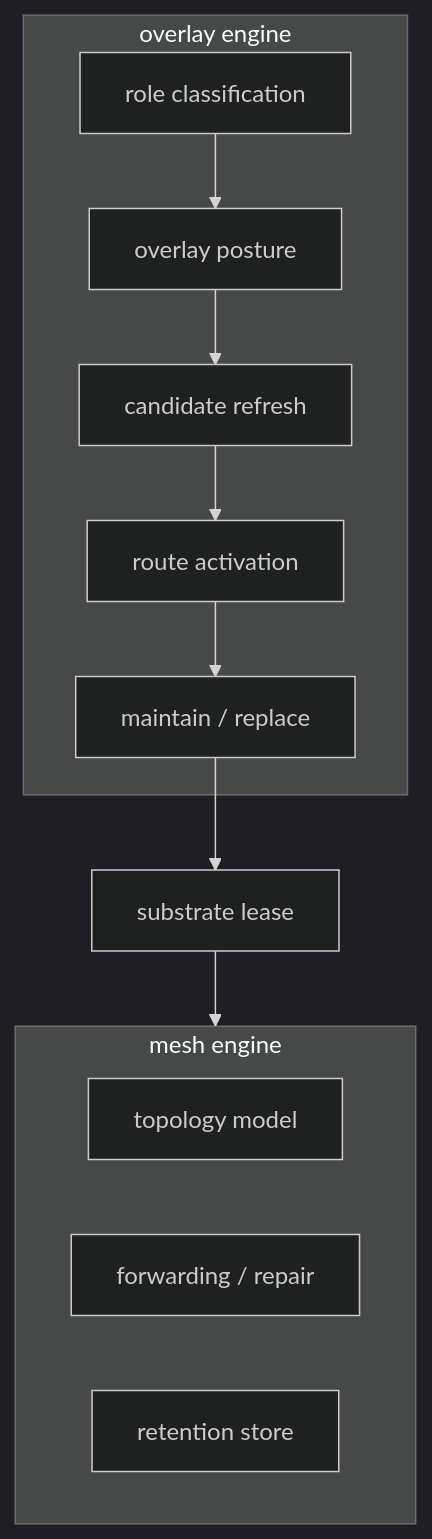
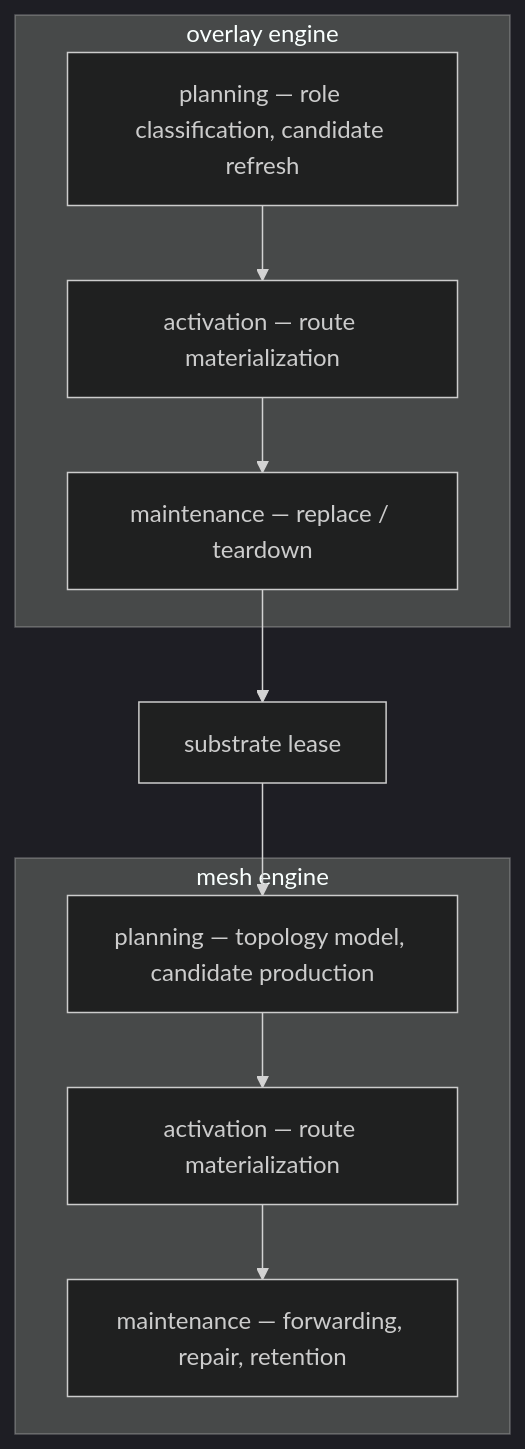
Before and after one commit to hxrts/jacquard: the diagram in docs/105_routing_logic.md, drawn with Mermaid (dark theme).

Commit message:
Align overlay diagram engine subcomponents with consistent structure

````diff
--- a/docs/105_routing_logic.md
+++ b/docs/105_routing_logic.md
@@ -94,22 +94,22 @@
 ```mermaid
 graph TD
     subgraph overlay["overlay engine"]
-        classify["role classification"]
-        posture["overlay posture"]
-        refresh["candidate refresh"]
-        activate["route activation"]
-        maintain["maintain / replace"]
+        o_plan["planning — role classification, candidate refresh"]
+        o_activate["activation — route materialization"]
+        o_maintain["maintenance — replace / teardown"]
 
-        classify --> posture --> refresh --> activate --> maintain
+        o_plan --> o_activate --> o_maintain
     end
 
     substrate["substrate lease"]
 
     subgraph mesh["mesh engine"]
-        topo["topology model"]
-        forward["forwarding / repair"]
-        retain["retention store"]
+        m_plan["planning — topology model, candidate production"]
+        m_activate["activation — route materialization"]
+        m_maintain["maintenance — forwarding, repair, retention"]
+
+        m_plan --> m_activate --> m_maintain
     end
 
-    maintain --> substrate --> mesh
+    o_maintain --> substrate --> m_plan
 ```
````
